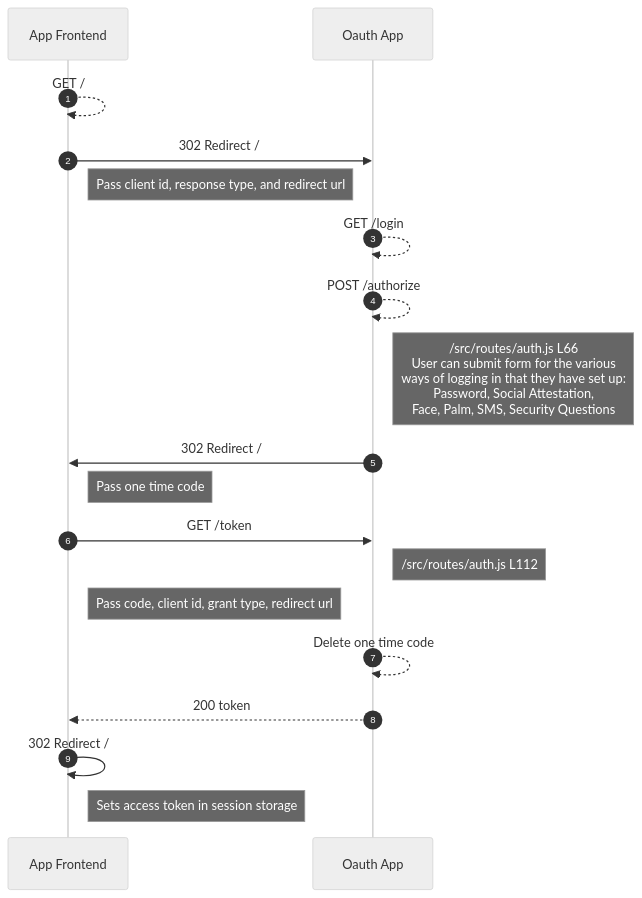
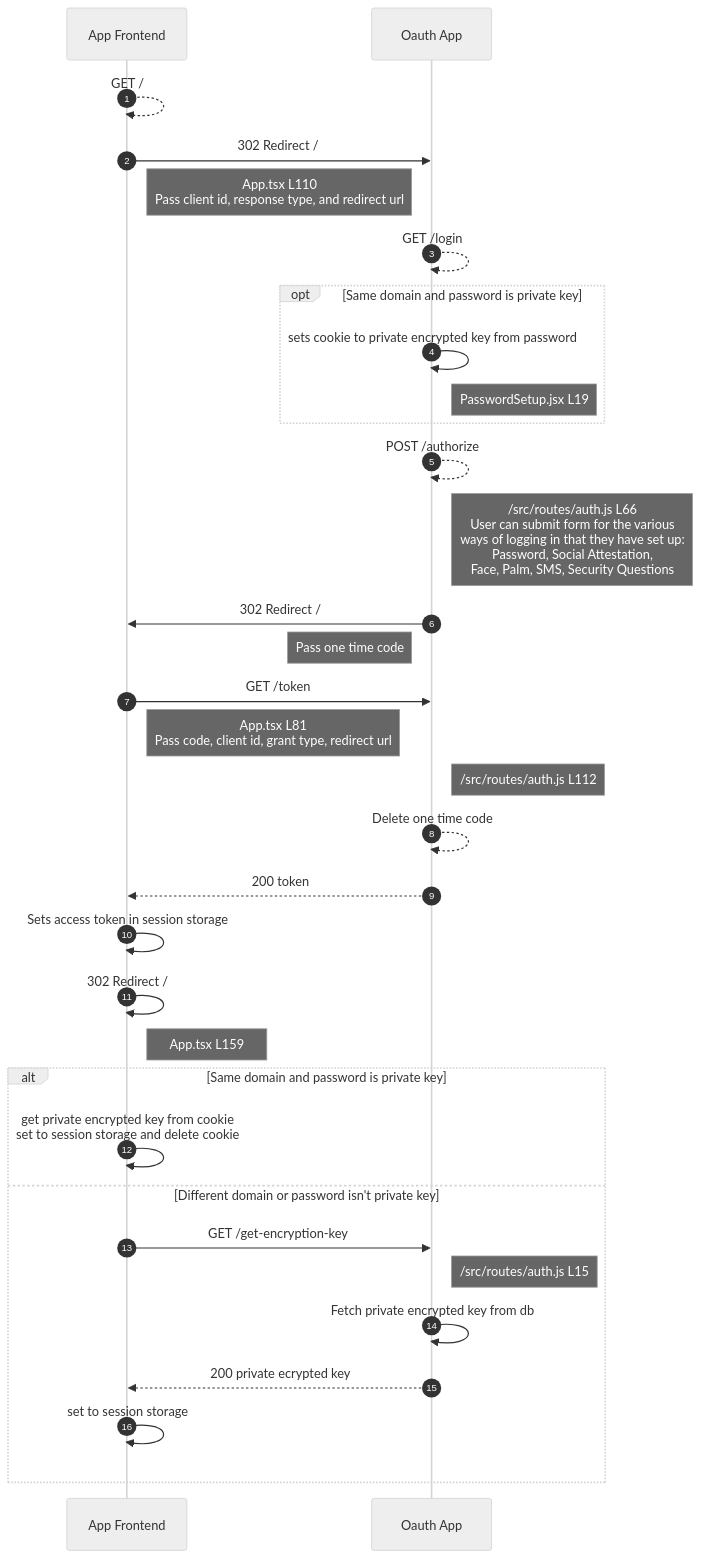
One commit to cityofaustin/Multimodal-Login changed the diagram in readme.md. Above: the diagram before and after it, drawn with Mermaid (neutral theme). The commit also changed other lines of this file and 2 other files, not shown here.

Commit message:
sequence diagram with private key flow

````diff
--- a/readme.md
+++ b/readme.md
@@ -69,19 +69,34 @@
 ```mermaid
 sequenceDiagram
     autonumber
     App Frontend-->>App Frontend: GET /
     App Frontend->>Oauth App: 302 Redirect /
-    Note right of App Frontend: Pass client id, response type, and redirect url
+    Note right of App Frontend: App.tsx L110<br />Pass client id, response type, and redirect url
     Oauth App-->>Oauth App: GET /login
+    opt Same domain and password is private key
+        Oauth App->>Oauth App: sets cookie to private encrypted key from password
+        Note right of Oauth App: PasswordSetup.jsx L19
+    end
     Oauth App-->>Oauth App: POST /authorize
     Note right of Oauth App: /src/routes/auth.js L66<br /> User can submit form for the various<br/> ways of logging in that they have set up: <br/>Password, Social Attestation, <br/>Face, Palm, SMS, Security Questions
     Oauth App->>App Frontend: 302 Redirect /
-    Note right of App Frontend: Pass one time code
+    Note left of Oauth App: Pass one time code
     App Frontend->>Oauth App: GET /token
+    Note right of App Frontend: App.tsx L81<br/>Pass code, client id, grant type, redirect url
     Note right of Oauth App: /src/routes/auth.js L112
-    Note right of App Frontend: Pass code, client id, grant type, redirect url
     Oauth App-->>Oauth App: Delete one time code
     Oauth App-->>App Frontend: 200 token
+    App Frontend->>App Frontend: Sets access token in session storage
     App Frontend->>App Frontend: 302 Redirect /
-    Note right of App Frontend: Sets access token in session storage
+    Note right of App Frontend: App.tsx L159
+    alt Same domain and password is private key
+        App Frontend->>App Frontend: get private encrypted key from cookie<br /> set to session storage and delete cookie
+    else Different domain or password isn't private key
+        App Frontend->>Oauth App: GET /get-encryption-key
+        Note right of Oauth App: /src/routes/auth.js L15
+        Oauth App->>Oauth App: Fetch private encrypted key from db
+        Oauth App-->>App Frontend: 200 private ecrypted key
+        App Frontend->>App Frontend: set to session storage
+    end
+
 ```
````
